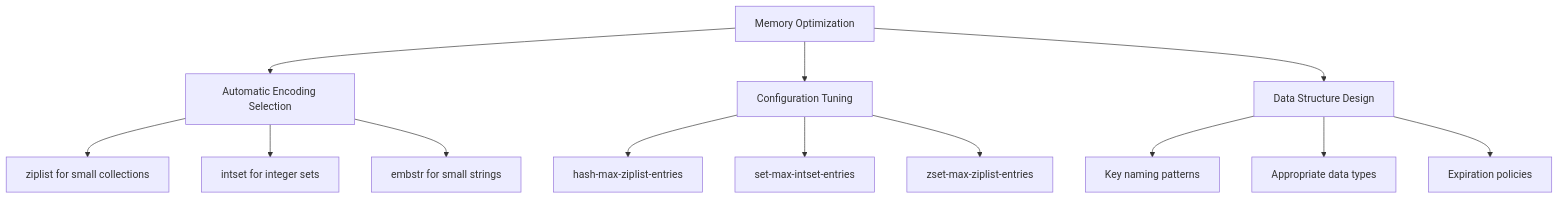
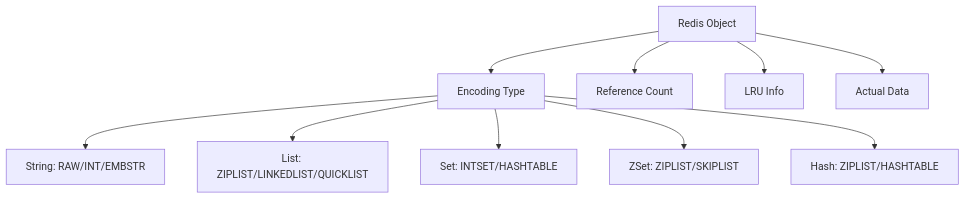
One commit to shayne007/blog changed diagram 11 of 11 in source/_posts/Redis-Data-Types-and-Data-Structures-Complete-Guide.md. Above: the diagram before and after it, drawn with Mermaid. The commit also changed other lines of this file and 3 other files, not shown here.

Commit message:
add redis memory eviction

```diff
--- a/source/_posts/Redis-Data-Types-and-Data-Structures-Complete-Guide.md
+++ b/source/_posts/Redis-Data-Types-and-Data-Structures-Complete-Guide.md
@@ -767,17 +1123,12 @@
-{% mermaid flowchart TD %}
-    A[Memory Optimization] --> B[Automatic Encoding Selection]
-    A --> C[Configuration Tuning]
-    A --> D[Data Structure Design]
+{% mermaid graph TD %}
+    A[Redis Object] --> B[Encoding Type]
+    A --> C[Reference Count]
+    A --> D[LRU Info]
+    A --> E[Actual Data]
     
-    B --> B1[ziplist for small collections]
-    B --> B2[intset for integer sets]
-    B --> B3[embstr for small strings]
-    
-    C --> C1[hash-max-ziplist-entries]
-    C --> C2[set-max-intset-entries]
-    C --> C3[zset-max-ziplist-entries]
-    
-    D --> D1[Key naming patterns]
-    D --> D2[Appropriate data types]
-    D --> D3[Expiration policies]
+    B --> F[String: RAW/INT/EMBSTR]
+    B --> G[List: ZIPLIST/LINKEDLIST/QUICKLIST]
+    B --> H[Set: INTSET/HASHTABLE]
+    B --> I[ZSet: ZIPLIST/SKIPLIST]
+    B --> J[Hash: ZIPLIST/HASHTABLE]
 {% endmermaid %}
```
